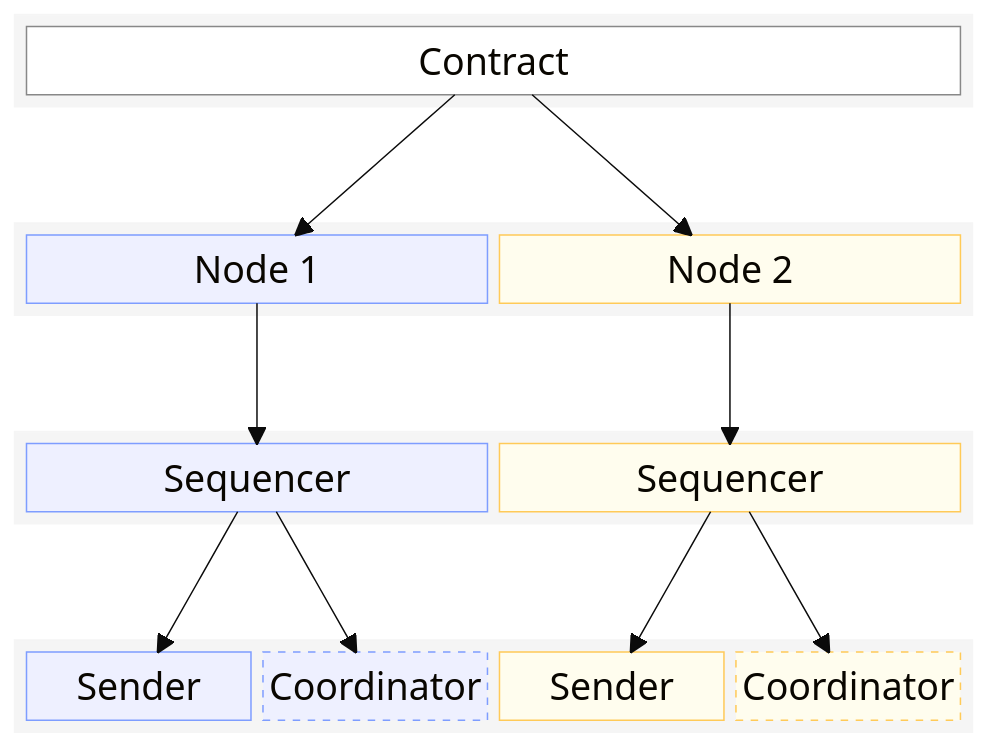
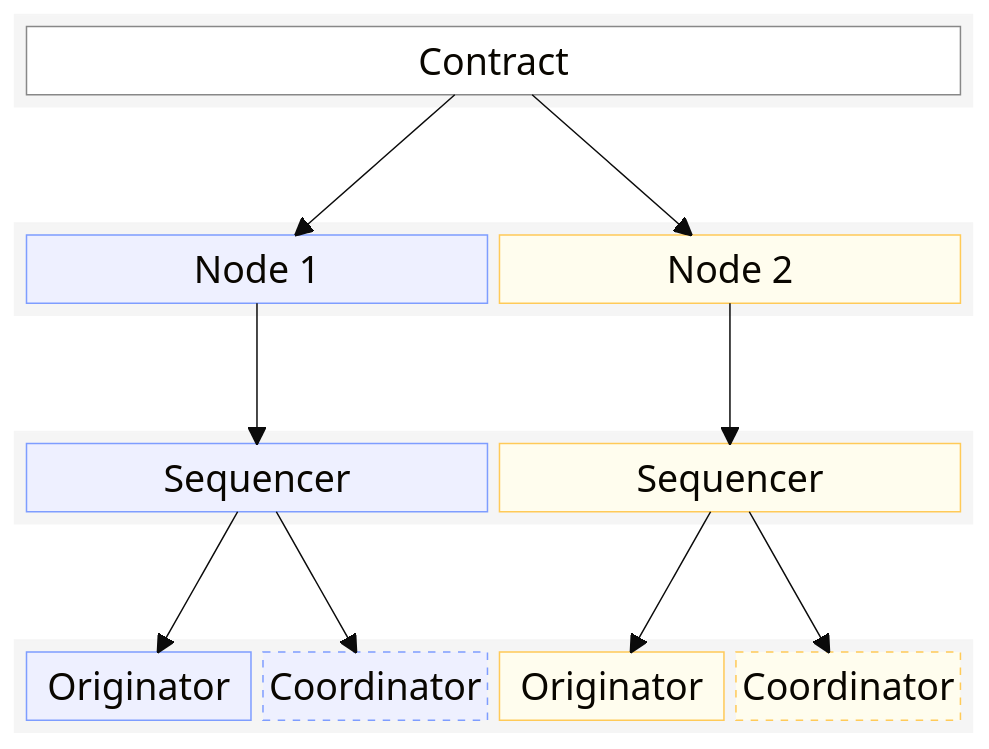
The first of 3 diagrams in doc-site/docs/architecture/distributed_sequencer_protocol.md (LF-Decentralized-Trust-labs/paladin), drawn with Mermaid before and after one commit. The commit also changed other lines of this file and 64 other files, not shown here.

Commit message:
Substantial refactor to move away from 'Sender' terminology to 'Originator'

````diff
--- a/doc-site/docs/architecture/distributed_sequencer_protocol.md
+++ b/doc-site/docs/architecture/distributed_sequencer_protocol.md
@@ -5,52 +5,52 @@
 ```mermaid
 %%{init: {'theme': 'base', 'themeVariables': { 'fontSize': '25px', 'fill':'#33bb22'}}}%%
 block-beta
   columns 1
   block:contracts:1
     columns 1
     contract["Contract"]
   end
   space
   block:nodes
     columns 2
     node1["Node 1"]
     node2["Node 2"]
   end
   space
   block:sequencers
     columns 2
     sequencer1["Sequencer"]
     sequencer2["Sequencer"]
   end
   space
   block:components
     columns 4
-    sender1["Sender"]
+    originator1["Originator"]
     coordinator1["Coordinator"]
-    sender2["Sender"]
+    originator2["Originator"]
     coordinator2["Coordinator"]
   end
 
 contract --> node1
 contract --> node2
 node1 --> sequencer1
 node2 --> sequencer2
-sequencer1 --> sender1
+sequencer1 --> originator1
 sequencer1 --> coordinator1
-sequencer2 --> sender2
+sequencer2 --> originator2
 sequencer2 --> coordinator2
 style contract fill:#ffffff,stroke:#888888
 style contracts fill:#f5f5f5,stroke:#f5f5f5
 style nodes fill:#f5f5f5,stroke:#f5f5f5
 style components fill:#f5f5f5,stroke:#f5f5f5
 style sequencers fill:#f5f5f5,stroke:#f5f5f5
 style node1 fill:#eef0ff,stroke:#7e9dff
 style node2 fill:#fffdee,stroke:#ffca58
 style sequencer1 fill:#eef0ff,stroke:#7e9dff
 style sequencer2 fill:#fffdee,stroke:#ffca58
-style sender1 fill:#eef0ff,stroke:#7e9dff
-style sender2 fill:#fffdee,stroke:#ffca58
+style originator1 fill:#eef0ff,stroke:#7e9dff
+style originator2 fill:#fffdee,stroke:#ffca58
 style coordinator1 fill:#eef0ff,stroke:#7e9dff,stroke-dasharray: 5 5
 style coordinator2 fill:#fffdee,stroke:#ffca58,stroke-dasharray: 5 5
 
 ```
````
